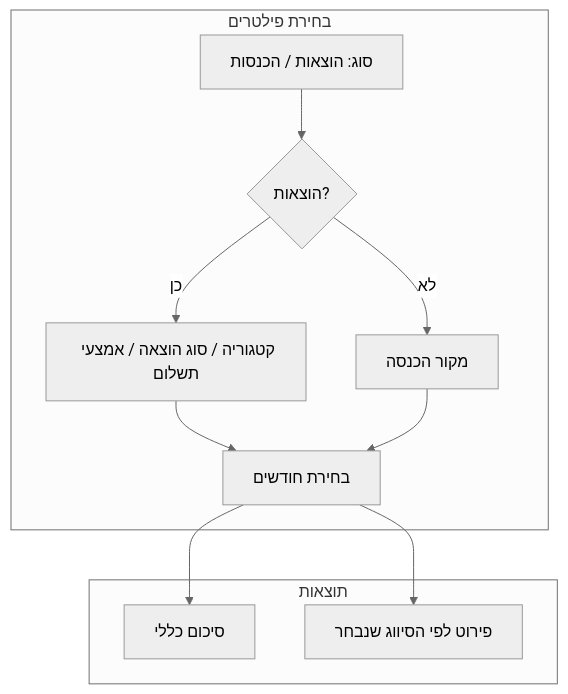
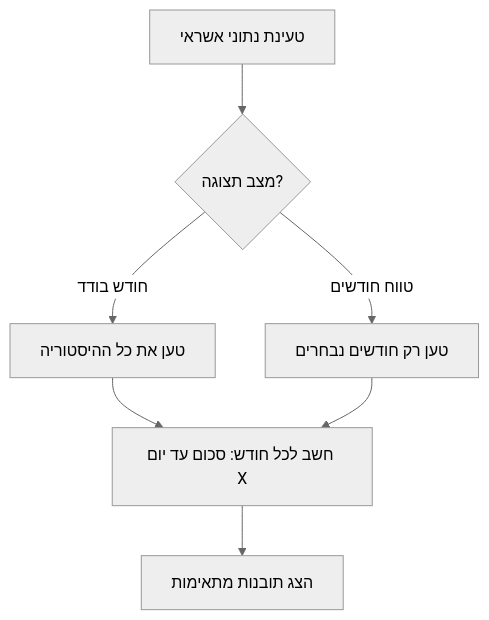
The diagram in PLAN.md (orkoren2006/home-expense-tracker-pro), drawn with Mermaid (neutral theme) before and after one commit. The commit also changed other lines of this file and 1 other file, not shown here.

````diff
--- a/PLAN.md
+++ b/PLAN.md
@@ -33,15 +33,9 @@
 ```mermaid
-flowchart TB
-    subgraph filters [בחירת פילטרים]
-        A[סוג: הוצאות / הכנסות] --> B{הוצאות?}
-        B -->|כן| C[קטגוריה / סוג הוצאה / אמצעי תשלום]
-        B -->|לא| D[מקור הכנסה]
-        C --> E[בחירת חודשים]
-        D --> E
-    end
-    
-    subgraph results [תוצאות]
-        E --> F[סיכום כללי]
-        E --> G[פירוט לפי הסיווג שנבחר]
-    end
+flowchart TD
+    A[טעינת נתוני אשראי] --> B{מצב תצוגה?}
+    B -->|חודש בודד| C[טען את כל ההיסטוריה]
+    B -->|טווח חודשים| D[טען רק חודשים נבחרים]
+    C --> E[חשב לכל חודש: סכום עד יום X]
+    D --> E
+    E --> F[הצג תובנות מתאימות]
 ```
````
